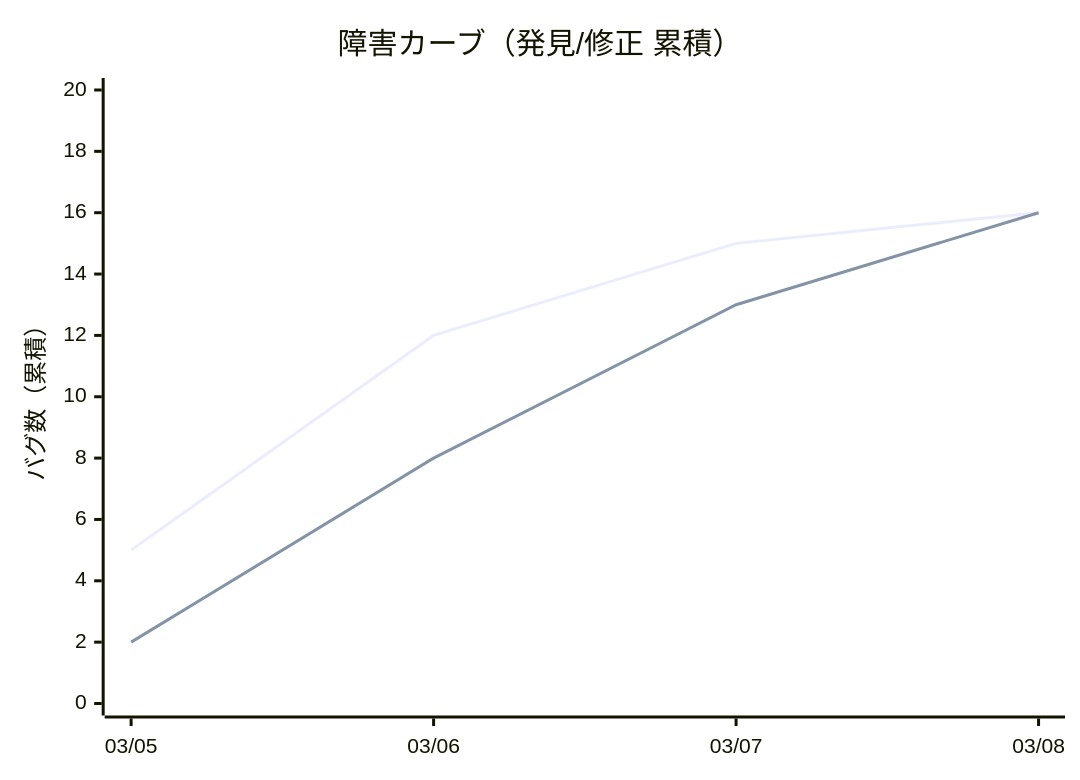
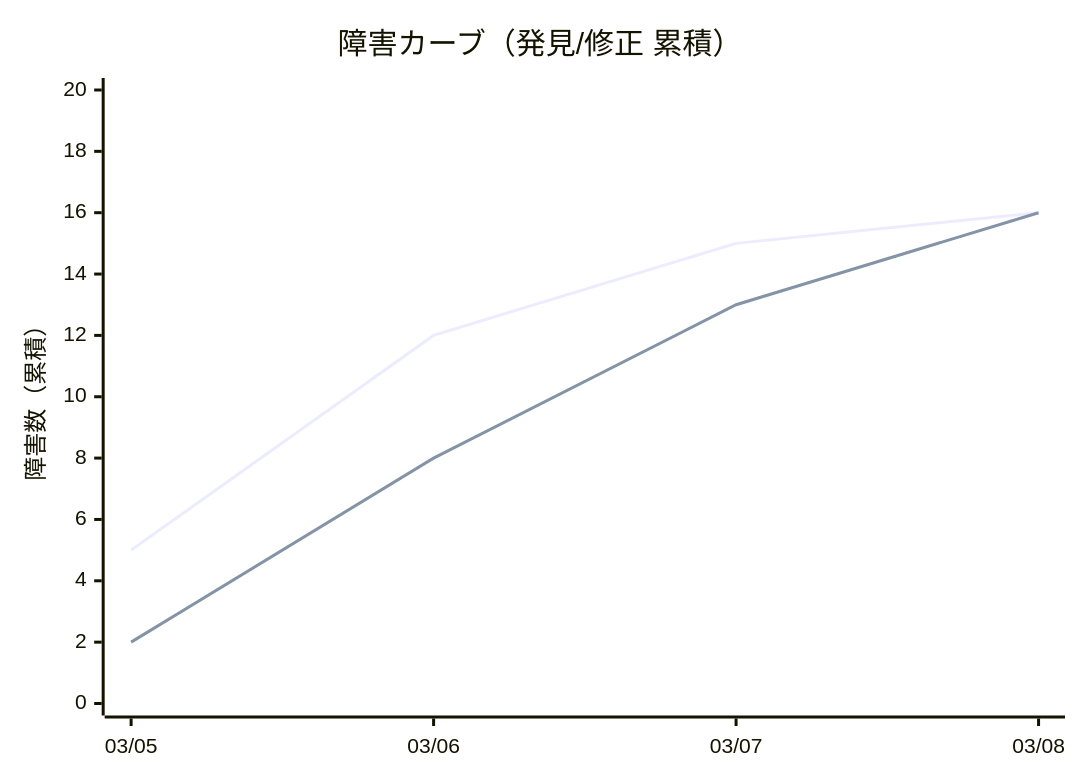
Before and after one commit to GoodRelax/claude-code-full-auto-dev: the eighth of 11 diagrams in process-rules/full-auto-dev-process-rules-ja.md, drawn with Mermaid. The commit also changed other lines of this file and 6 other files, not shown here.

````diff
--- a/process-rules/full-auto-dev-process-rules-ja.md
+++ b/process-rules/full-auto-dev-process-rules-ja.md
@@ -1062,8 +1063,8 @@
 ```mermaid
 xychart-beta
     title "障害カーブ（発見/修正 累積）"
     x-axis ["03/05", "03/06", "03/07", "03/08"]
-    y-axis "バグ数（累積）" 0 --> 20
+    y-axis "障害数（累積）" 0 --> 20
     line [5, 12, 15, 16]
     line [2, 8, 13, 16]
 ```
````
